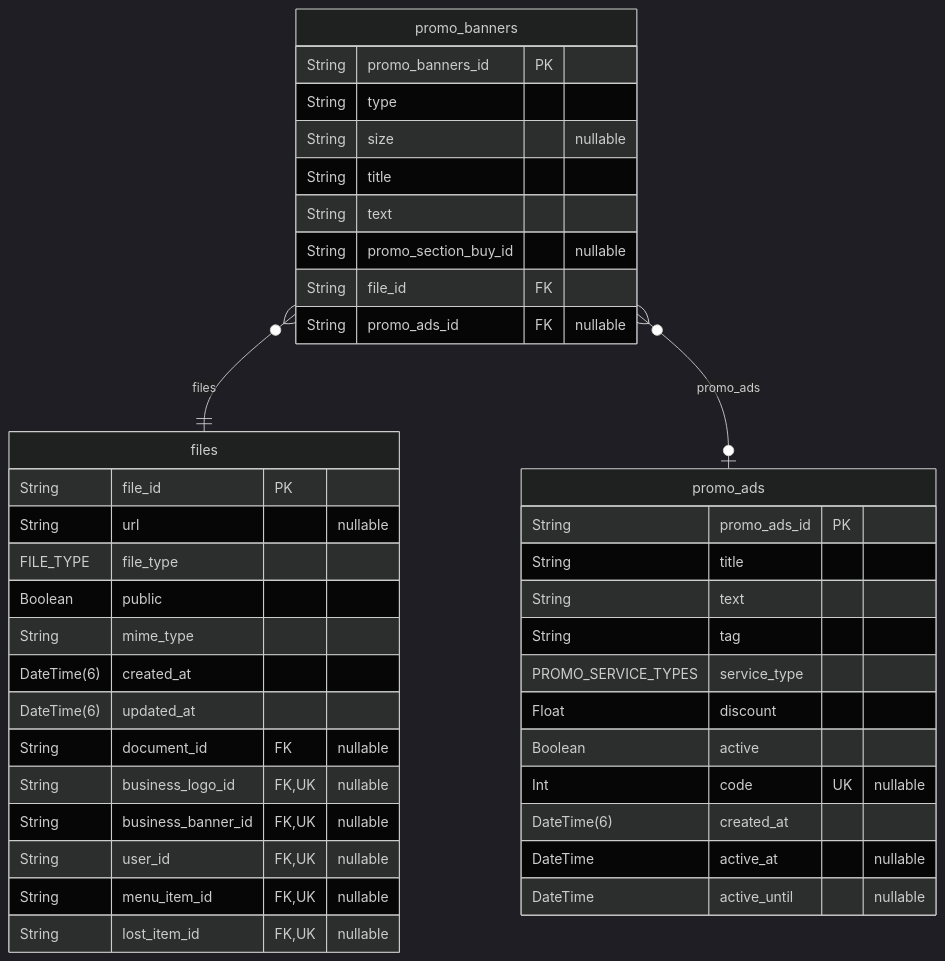
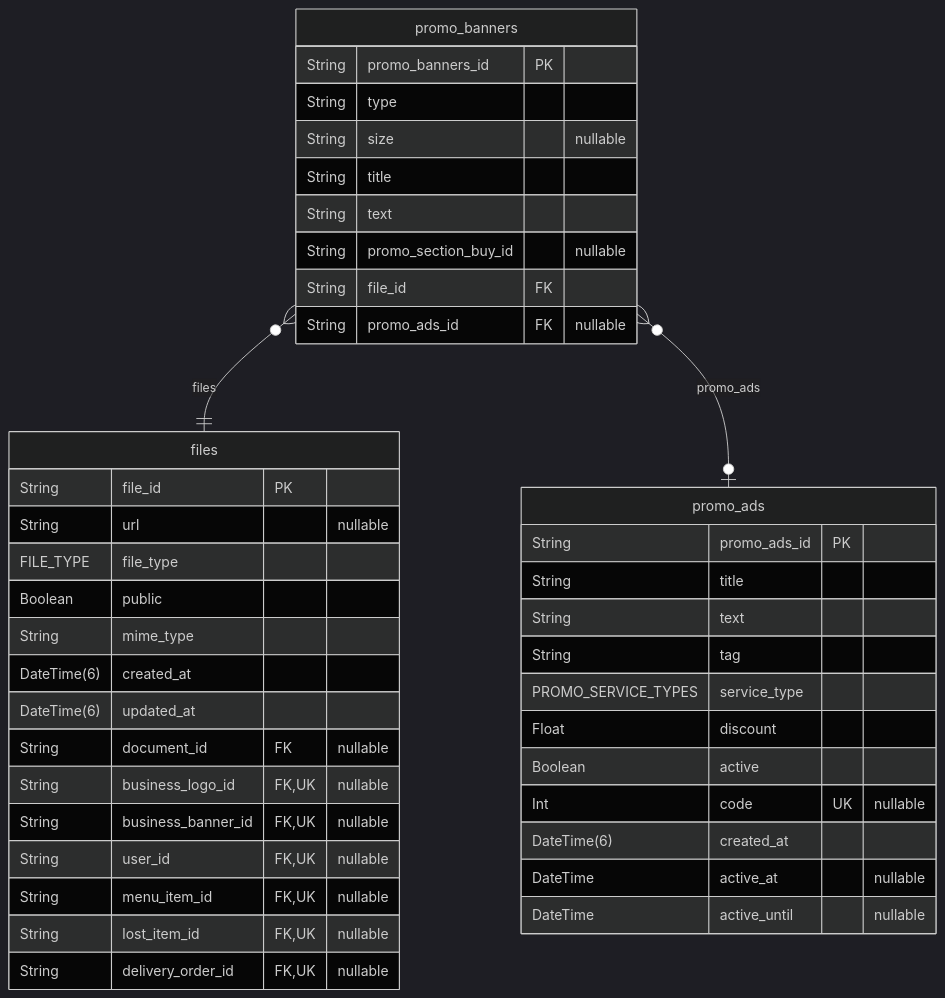
Before and after one commit to pbozic/be-analyisis: diagram 11 of 37 in prisma/schemas/ERD.md, drawn with Mermaid (dark theme). The commit also changed other lines of this file and 4 other files, not shown here.

Commit message:
feature: updated schemas with latest required changes

````diff
--- a/prisma/schemas/ERD.md
+++ b/prisma/schemas/ERD.md
@@ -3294,43 +2772,44 @@
 ```mermaid
 erDiagram
 "promo_banners" {
   String promo_banners_id PK
   String type
   String size "nullable"
   String title
   String text
   String promo_section_buy_id "nullable"
   String file_id FK
   String promo_ads_id FK "nullable"
 }
 "promo_ads" {
   String promo_ads_id PK
   String title
   String text
   String tag
   PROMO_SERVICE_TYPES service_type
   Float discount
   Boolean active
   Int code UK "nullable"
   DateTime(6) created_at
   DateTime active_at "nullable"
   DateTime active_until "nullable"
 }
 "files" {
   String file_id PK
   String url "nullable"
   FILE_TYPE file_type
   Boolean public
   String mime_type
   DateTime(6) created_at
   DateTime(6) updated_at
   String document_id FK "nullable"
   String business_logo_id FK,UK "nullable"
   String business_banner_id FK,UK "nullable"
   String user_id FK,UK "nullable"
   String menu_item_id FK,UK "nullable"
   String lost_item_id FK,UK "nullable"
+  String delivery_order_id FK,UK "nullable"
 }
 "promo_banners" }o--|| "files" : files
 "promo_banners" }o--o| "promo_ads" : promo_ads
 ```
````
